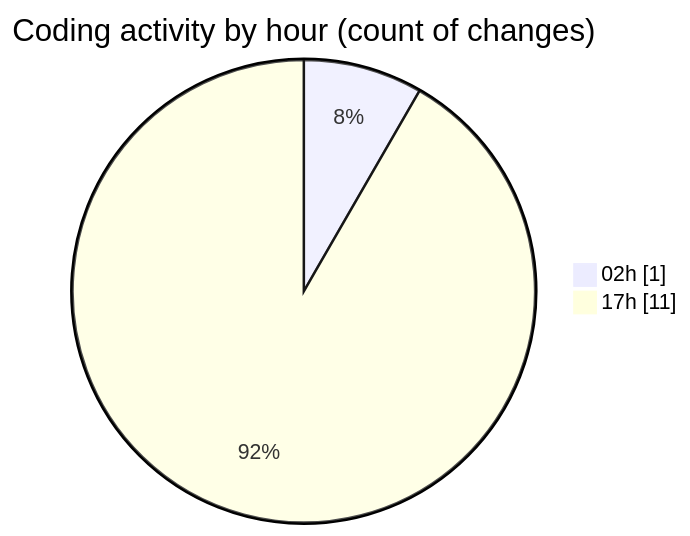
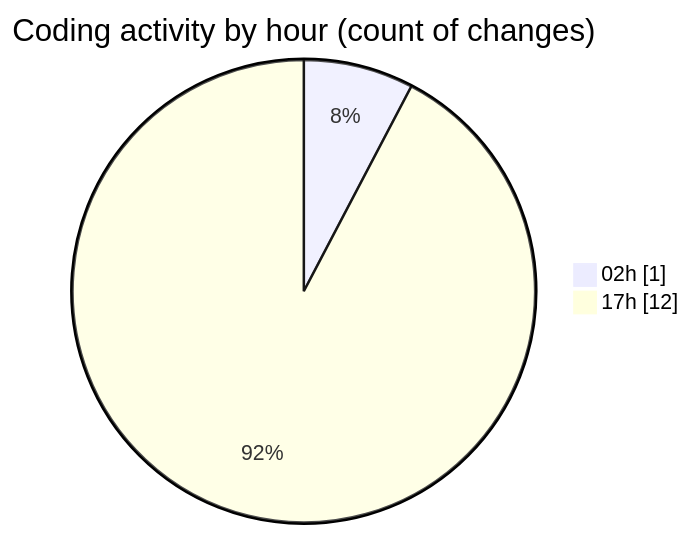
Before and after one commit to EIIisD/code-tracking: the second of 2 diagrams in 2025-07-28/_claude/README.md, drawn with Mermaid. The commit also changed other lines of this file and 1 other file, not shown here.

````diff
--- a/2025-07-28/_claude/README.md
+++ b/2025-07-28/_claude/README.md
@@ -28,6 +28,6 @@
 ```mermaid
 pie showData
 title Coding activity by hour (count of changes)
 "02h" : 1
-"17h" : 11
+"17h" : 12
 ```
````
